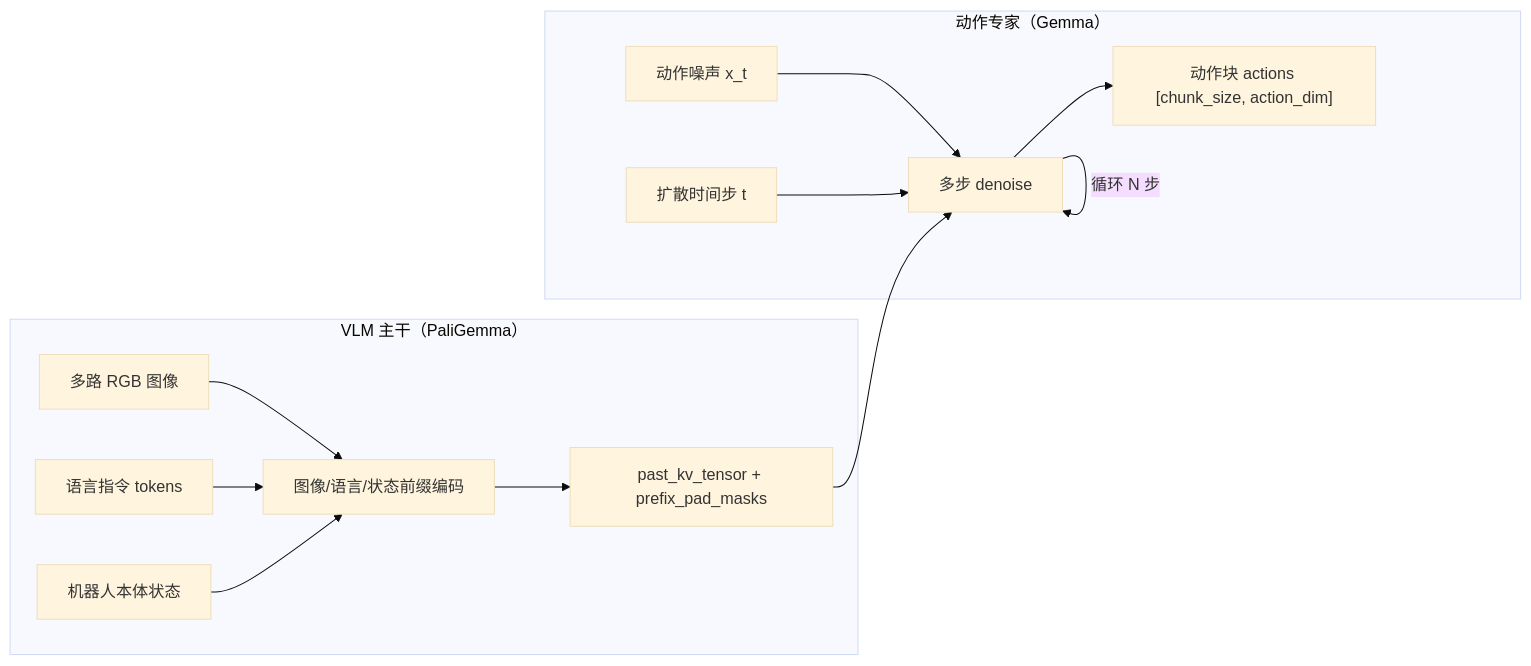
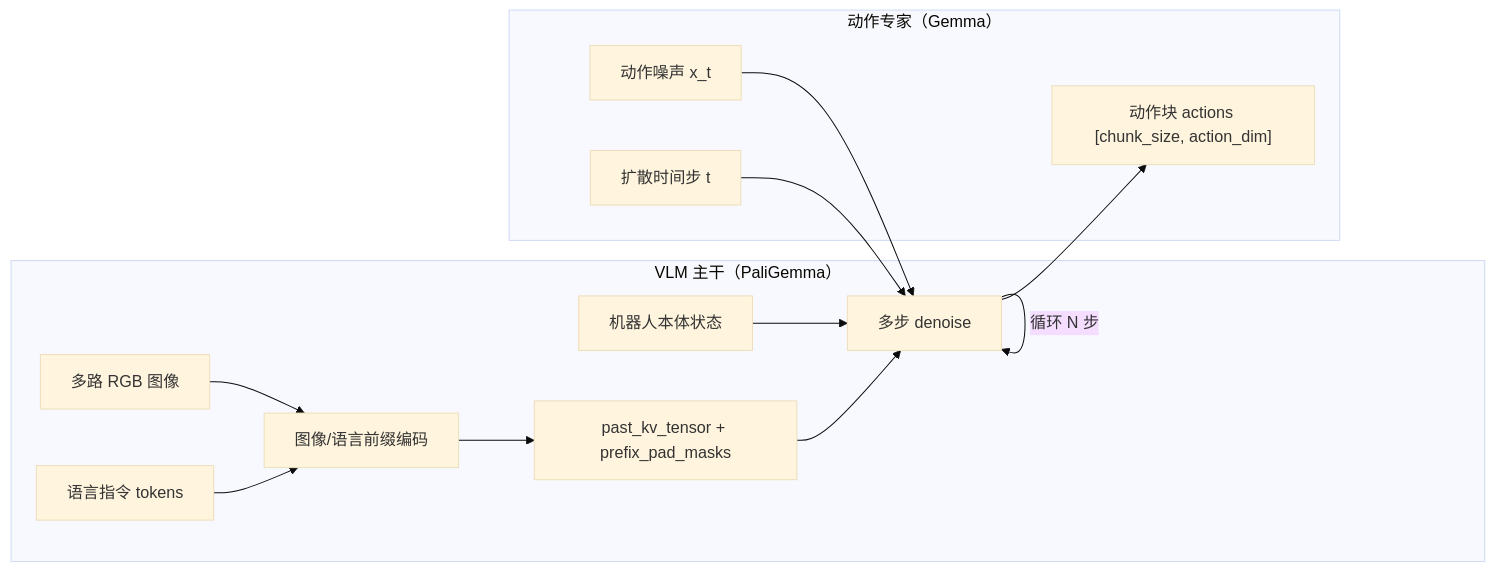
One commit to Atlas-Ascend-Fork/cannbot-knowledge changed the diagram in knowledge/model/embodied/concepts/modules/flow_matching_action_expert.md. Above: the diagram before and after it, drawn with Mermaid (base theme). The commit also changed other lines of this file and 441 other files, not shown here.

````diff
--- a/knowledge/model/embodied/concepts/modules/flow_matching_action_expert.md
+++ b/knowledge/model/embodied/concepts/modules/flow_matching_action_expert.md
@@ -34,16 +40,16 @@
 ```mermaid
 flowchart LR
     subgraph 慢系统["VLM 主干（PaliGemma）"]
         IMG[多路 RGB 图像] --> VLM
         LANG[语言指令 tokens] --> VLM
-        STATE[机器人本体状态] --> VLM
-        VLM[图像/语言/状态前缀编码] --> KV[past_kv_tensor + prefix_pad_masks]
+        STATE[机器人本体状态] --> AE
+        VLM[图像/语言前缀编码] --> KV[past_kv_tensor + prefix_pad_masks]
     end
     subgraph 快系统["动作专家（Gemma）"]
         NOISE[动作噪声 x_t] --> AE
         TIME[扩散时间步 t] --> AE
         KV --> AE[多步 denoise]
         AE -->|循环 N 步| AE
         AE --> ACT["动作块 actions [chunk_size, action_dim]"]
     end
 ```
````
